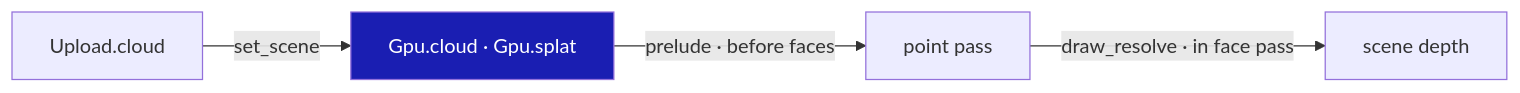
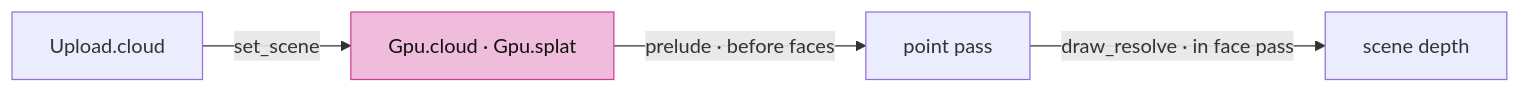
Before and after one commit to petrasvestartas/session: the sixth of 6 diagrams in session_viewer/docs/04d-clouds.md, drawn with Mermaid. The commit also changed other lines of this file and 23 other files, not shown here.

Commit message:
Course: Mermaid nodes white with black text, highlighted nodes pink, white arrows and edge labels on the black ground

````diff
--- a/session_viewer/docs/04d-clouds.md
+++ b/session_viewer/docs/04d-clouds.md
@@ -144,7 +144,7 @@
 ```mermaid
 flowchart LR
     U["Upload.cloud"] -- "set_scene" --> G["Gpu.cloud · Gpu.splat"]
     G -- "prelude · before faces" --> PP["point pass"]
     PP -- "draw_resolve · in face pass" --> F["scene depth"]
-    style G fill:#1a1eb2,color:#fff
+    style G fill:#f0bcdb,stroke:#ce4095,color:#111
 ```
````
